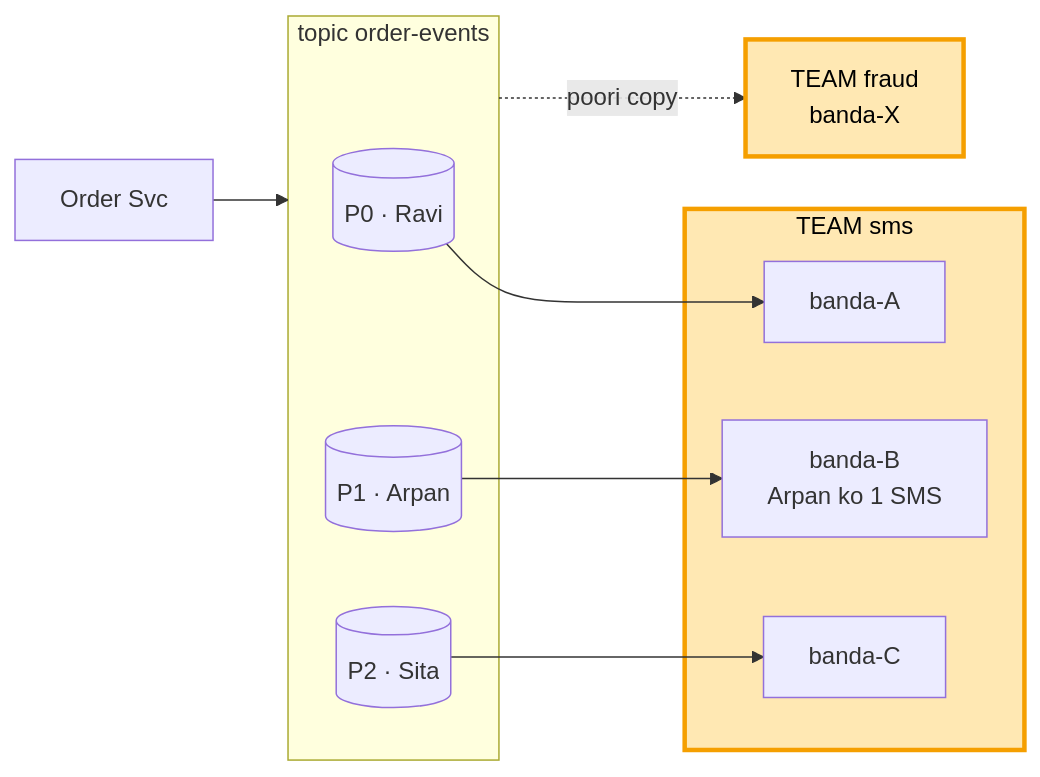
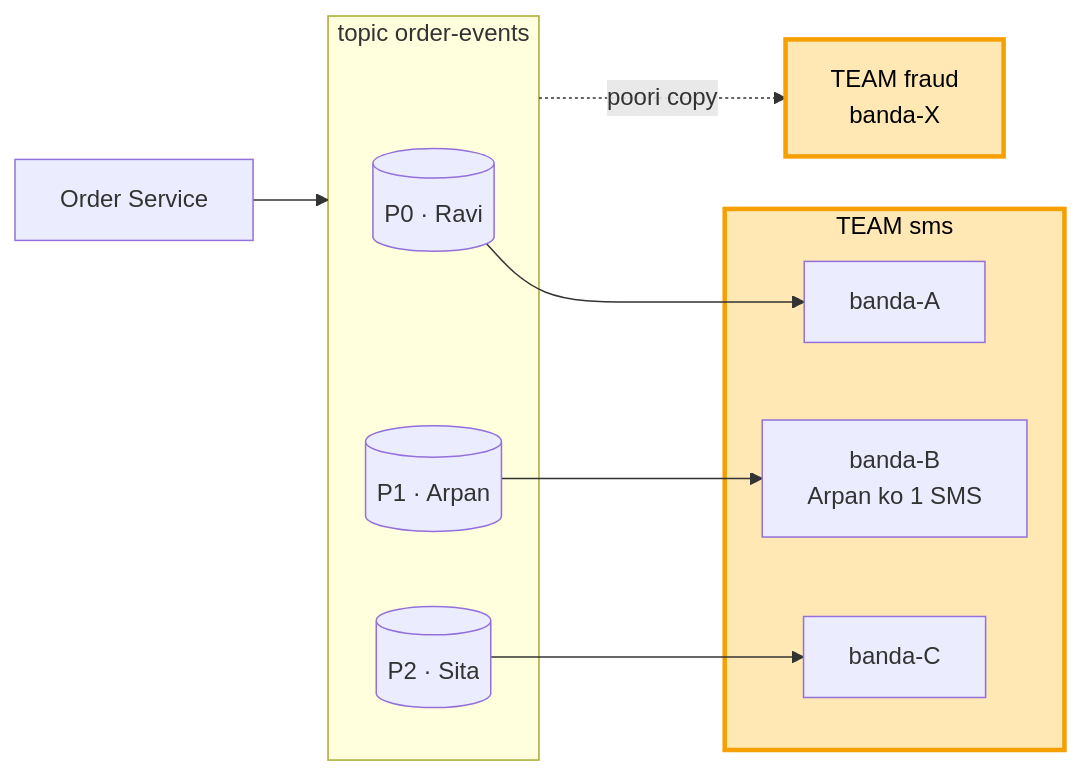
One commit to ArpanMaheshwari144/Prep changed the third of 8 diagrams in 04_HLD/SYSTEM_DESIGNS/12_message_queue_kafka/kafka_concepts.md. Above: the diagram before and after it, drawn with Mermaid. The commit also changed other lines of this file and 8 other files, not shown here.

````diff
--- a/04_HLD/SYSTEM_DESIGNS/12_message_queue_kafka/kafka_concepts.md
+++ b/04_HLD/SYSTEM_DESIGNS/12_message_queue_kafka/kafka_concepts.md
@@ -73,20 +73,20 @@
 ```mermaid
 flowchart LR
-    O["Order Svc"] --> T
+    O["Order Service"] --> T
     subgraph T["topic order-events"]
         P0[("P0 · Ravi")]
         P1[("P1 · Arpan")]
         P2[("P2 · Sita")]
     end
     subgraph S["TEAM sms"]
         A["banda-A"]
         B["banda-B<br/>Arpan ko 1 SMS"]
         C["banda-C"]
     end
     P0 --> A
     P1 --> B
     P2 --> C
     T -. "poori copy" .-> X["TEAM fraud<br/>banda-X"]
     style S fill:#ffe8b3,stroke:#f59f00,stroke-width:3px,color:#000
     style X fill:#ffe8b3,stroke:#f59f00,stroke-width:3px,color:#000
 ```
````
